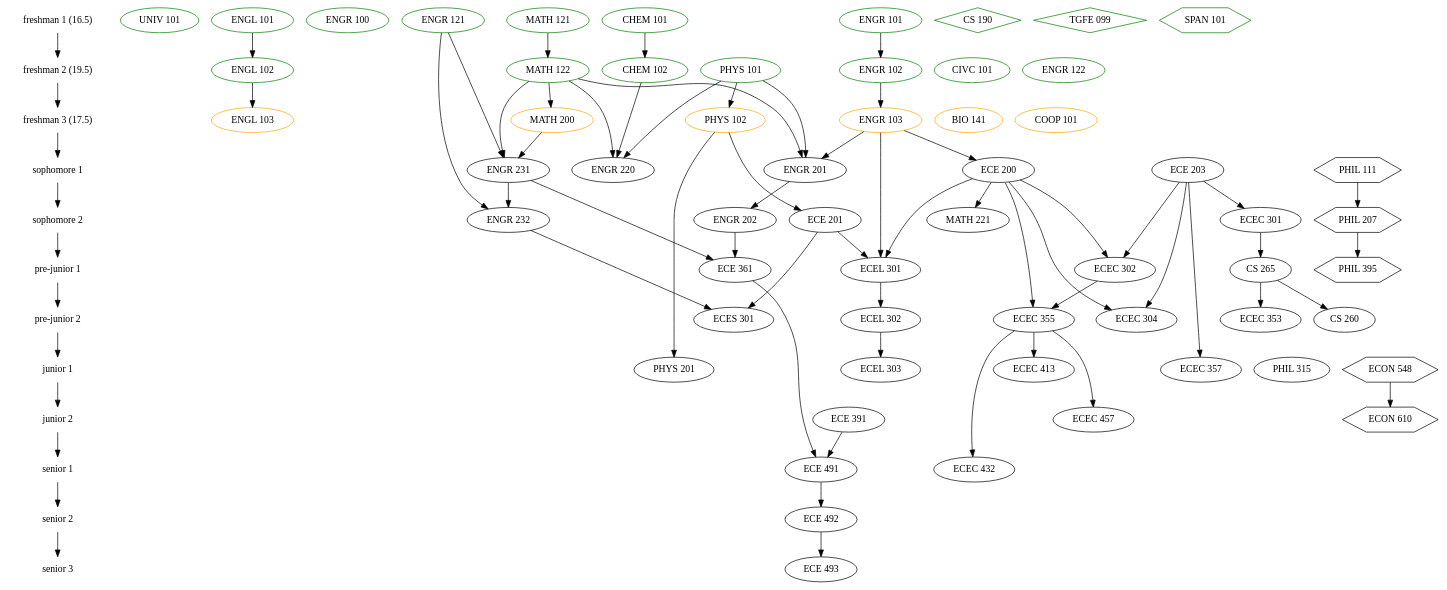
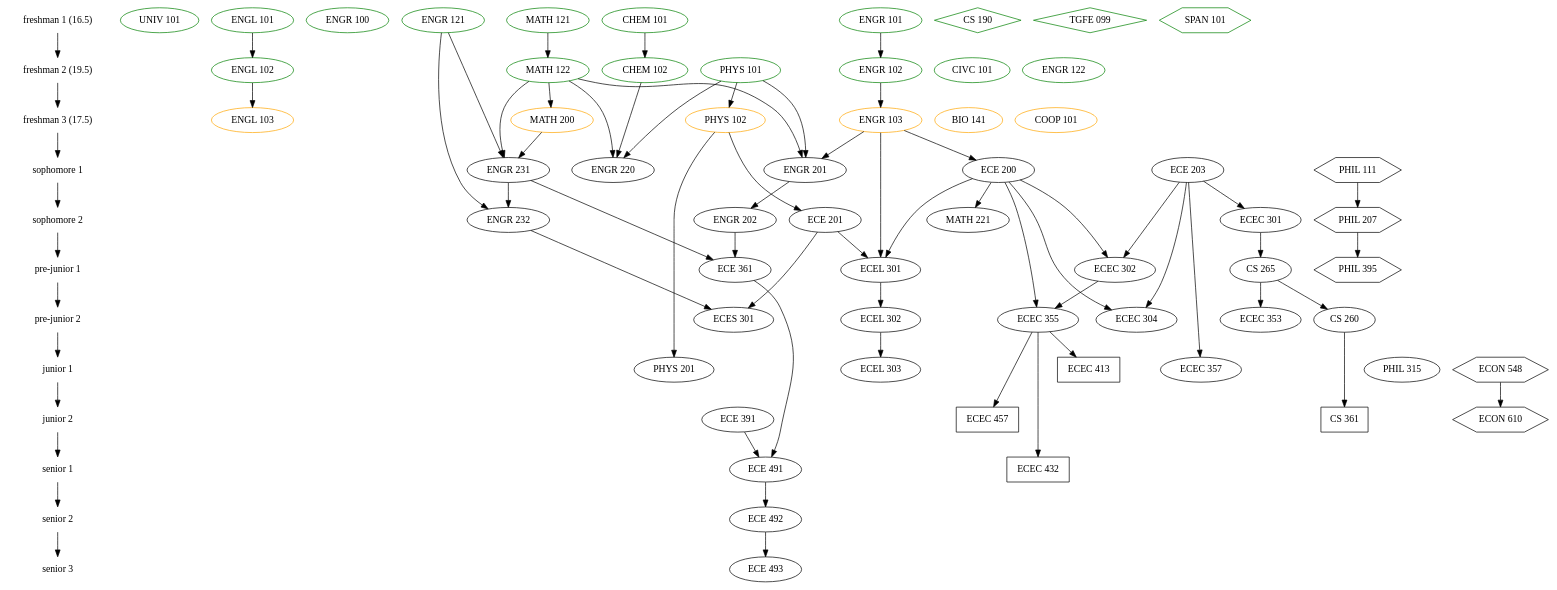
The diagram in classes.gv (Theodus/coursework), drawn with Graphviz before and after one commit.

Commit message:
add major electives

```diff
--- a/classes.gv
+++ b/classes.gv
@@ -1,159 +1,159 @@
 /* Key:
 
 color:
 green = already taken
 orange = currently taking
 black = not taken
 
 shape:
 ellipse = fixed major degree requirement
+box = major degree elective
 diamond = free elective
 hexagon = general education elective
-box = minor degree requirement
-
 */
 
 digraph Classes {
 
   { node [shape=plaintext]
     "freshman 1 (16.5)" ->
     "freshman 2 (19.5)" ->
     "freshman 3 (17.5)" ->
     "sophomore 1" ->
     "sophomore 2" ->
     "pre-junior 1" ->
     "pre-junior 2" ->
     "junior 1" ->
     "junior 2" ->
     "senior 1" ->
     "senior 2" ->
     "senior 3"
   }
 
   { node [color=green]
     { rank=same "freshman 1 (16.5)"
       "UNIV 101"
       "ENGL 101"
       "ENGR 100"
       "CHEM 101"
       "ENGR 101"
       "ENGR 121"
       "MATH 121"
 
       // AP Credit
       "CS 190" [shape=diamond]
       "TGFE 099" [shape=diamond]
       "SPAN 101" [shape=hexagon]
     }
     { rank=same "freshman 2 (19.5)"
       "CIVC 101"
       "ENGL 102"
       "CHEM 102"
       "ENGR 102"
       "ENGR 122"
       "MATH 122"
       "PHYS 101"
     }
   }
   { node [color=orange]
     { rank=same "freshman 3 (17.5)"
       "ENGL 103"
       "ENGR 103"
       "BIO 141"
       "COOP 101"
       "PHYS 102"
       "MATH 200"
     }
   }
   { rank=same "sophomore 1"
     "ENGR 201"
     "ENGR 220"
     "ENGR 231"
     "ECE 203"
     "ECE 200"
     "PHIL 111" [shape=hexagon]
   }
   { rank=same "sophomore 2"
     "ECE 201"
     "ECEC 301"
     "ENGR 202"
     "ENGR 232"
     "MATH 221"
     "PHIL 207" [shape=hexagon]
   }
   { rank=same "pre-junior 1"
     "ECEC 302"
     "ECEL 301"
     "ECE 361"
     "CS 265"
     "PHIL 395" [shape=hexagon]
   }
   { rank=same "pre-junior 2"
     "ECEC 304"
     "ECEC 355"
     "ECEL 302"
     "ECES 301"
     "CS 260"
     "ECEC 353"
   }
   { rank=same "junior 1"
     "ECEC 357"
     "ECEL 303"
     "PHYS 201"
     "PHIL 315"
-    "ECEC 413"
+    "ECEC 413" [shape=box]
     "ECON 548" [shape=hexagon]
   }
   { rank=same "junior 2"
     "ECE 391"
-    "ECEC 457"
+    "CS 361" [shape=box]
+    "ECEC 457" [shape=box]
     "ECON 610" [shape=hexagon]
   }
   { rank=same "senior 1"
     "ECE 491"
-    "ECEC 432"
+    "ECEC 432" [shape=box]
   }
   { rank=same "senior 2"
     "ECE 492"
   }
   { rank=same "senior 3"
     "ECE 493"
   }
 
   // General Education/Liberal Studies
 
   "CIVC 101"
   "ENGL 101" -> "ENGL 102" -> "ENGL 103"
   "PHIL 315"
   "UNIV 101"
 
   "PHIL 111" -> "PHIL 207" -> "PHIL 395"
   "ECON 548" -> "ECON 610"
 
   // Foundation Requirements
 
   "BIO 141"
   "CHEM 101" -> "CHEM 102"
   "PHYS 101" -> "PHYS 102" -> "PHYS 201"
   "PHYS 102" -> "ECE 201"
   "MATH 121" -> "MATH 122" -> "MATH 200" -> "ENGR 231"
   "ENGR 101" -> "ENGR 102" -> "ENGR 103" -> "ECE 200" -> "MATH 221"
   "ECE 203"
   {"MATH 122" "PHYS 101" "ENGR 103"} -> "ENGR 201" -> "ENGR 202"
   {"CHEM 102" "MATH 122" "PHYS 101"} -> "ENGR 220"
   {"MATH 122" "ENGR 121"} -> "ENGR 231"
   {"ENGR 231" "ENGR 121"} -> "ENGR 232"
 
   // Professional Requirements
 
-  "ECE 203" -> "ECEC 301" -> "CS 265" -> "CS 260"
+  "ECE 203" -> "ECEC 301" -> "CS 265" -> "CS 260" -> "CS 361"
   {"ENGR 202" "ENGR 231"} -> "ECE 361"
   {"ECE 391" "ECE 361"} -> "ECE 491" -> "ECE 492" -> "ECE 493"
   {"ECE 203" "ECE 200"} -> "ECEC 302"
   {"ECE 200" "ECE 203"} -> "ECEC 304"
   "CS 265" -> "ECEC 353"
   {"ECE 200" "ECEC 302"} -> "ECEC 355" -> {"ECEC 413" "ECEC 457" "ECEC 432"}
   "ECE 203" -> "ECEC 357"
   {"ENGR 103" "ECE 200" "ECE 201"} -> "ECEL 301" -> "ECEL 302" -> "ECEL 303"
   {"ENGR 232" "ECE 201"} -> "ECES 301"
 }
```
